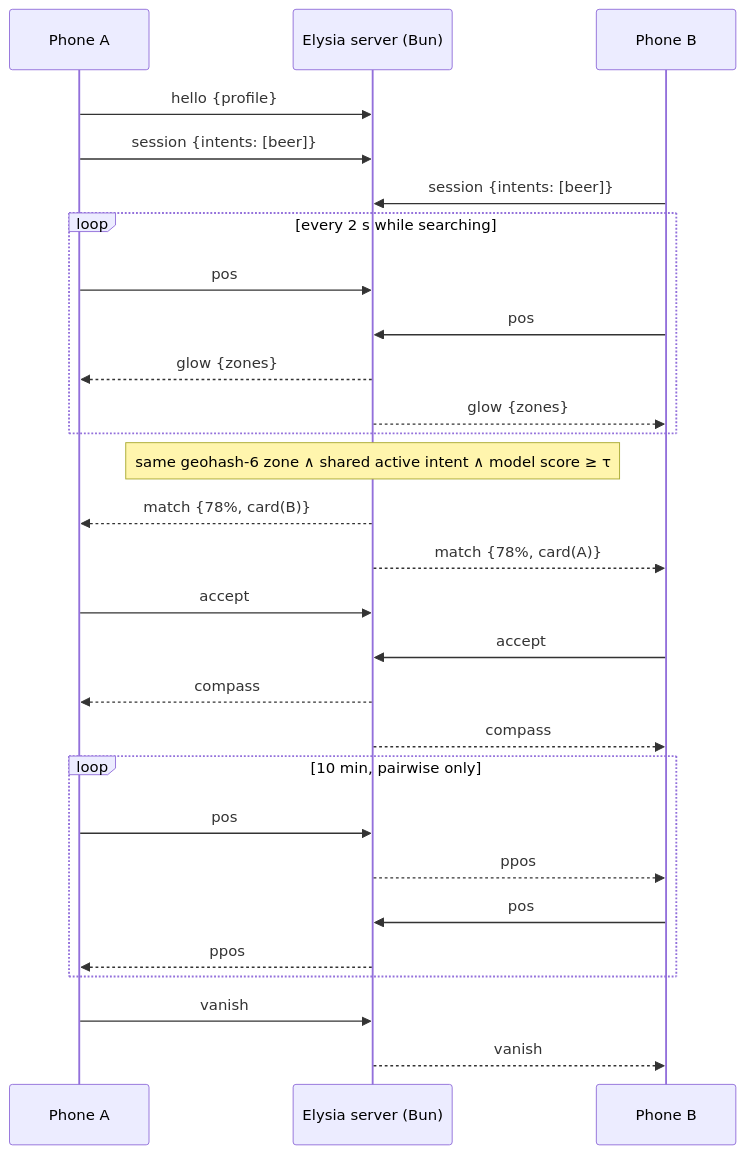
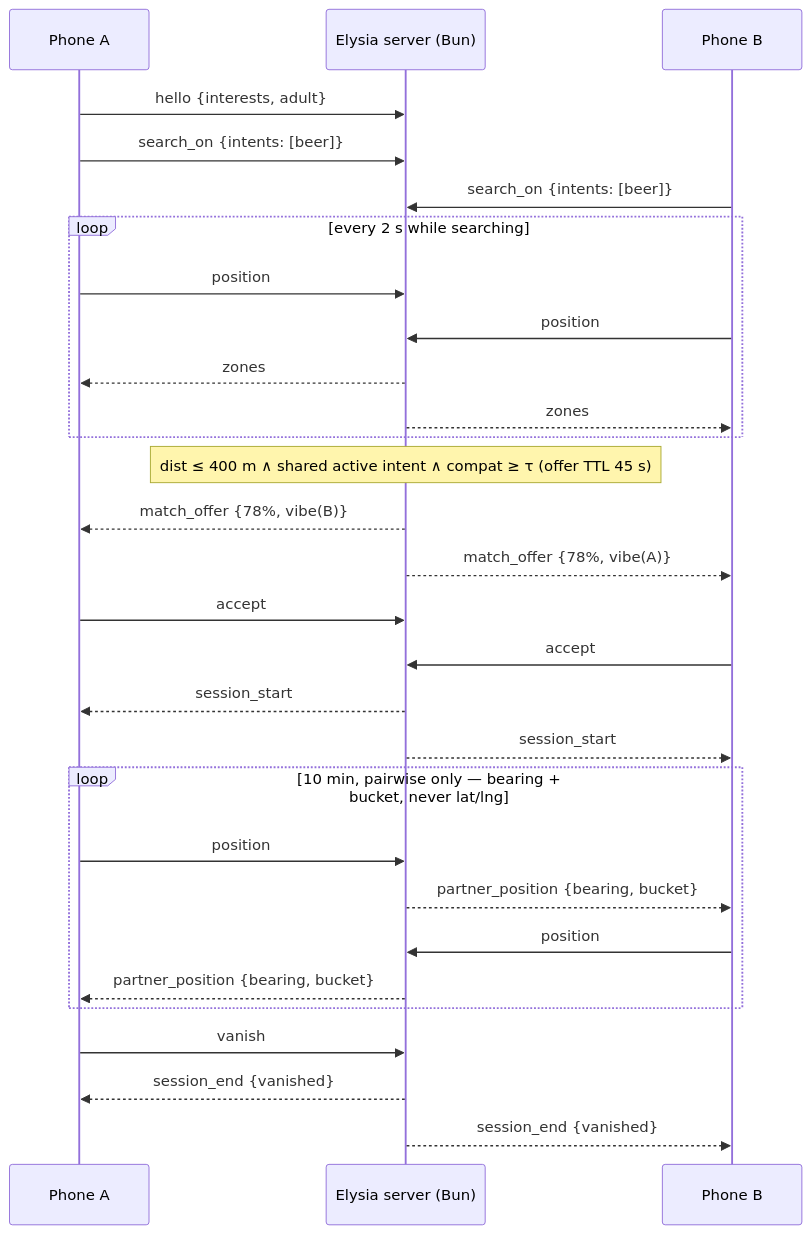
One commit to uteg-labs/just-mate changed the second of 2 diagrams in docs/STRUCTURE.md. Above: the diagram before and after it, drawn with Mermaid. The commit also changed other lines of this file and 6 other files, not shown here.

````diff
--- a/docs/STRUCTURE.md
+++ b/docs/STRUCTURE.md
@@ -88,30 +88,31 @@
 ```mermaid
 sequenceDiagram
     participant A as Phone A
     participant S as Elysia server (Bun)
     participant B as Phone B
-    A->>S: hello {profile}
-    A->>S: session {intents: [beer]}
-    B->>S: session {intents: [beer]}
+    A->>S: hello {interests, adult}
+    A->>S: search_on {intents: [beer]}
+    B->>S: search_on {intents: [beer]}
     loop every 2 s while searching
-        A->>S: pos
-        B->>S: pos
-        S-->>A: glow {zones}
-        S-->>B: glow {zones}
+        A->>S: position
+        B->>S: position
+        S-->>A: zones
+        S-->>B: zones
     end
-    Note over S: same geohash-6 zone ∧ shared active intent ∧ model score ≥ τ
-    S-->>A: match {78%, card(B)}
-    S-->>B: match {78%, card(A)}
+    Note over S: dist ≤ 400 m ∧ shared active intent ∧ compat ≥ τ (offer TTL 45 s)
+    S-->>A: match_offer {78%, vibe(B)}
+    S-->>B: match_offer {78%, vibe(A)}
     A->>S: accept
     B->>S: accept
-    S-->>A: compass
-    S-->>B: compass
-    loop 10 min, pairwise only
-        A->>S: pos
-        S-->>B: ppos
-        B->>S: pos
-        S-->>A: ppos
+    S-->>A: session_start
+    S-->>B: session_start
+    loop 10 min, pairwise only — bearing + bucket, never lat/lng
+        A->>S: position
+        S-->>B: partner_position {bearing, bucket}
+        B->>S: position
+        S-->>A: partner_position {bearing, bucket}
     end
     A->>S: vanish
-    S-->>B: vanish
+    S-->>A: session_end {vanished}
+    S-->>B: session_end {vanished}
 ```
````
